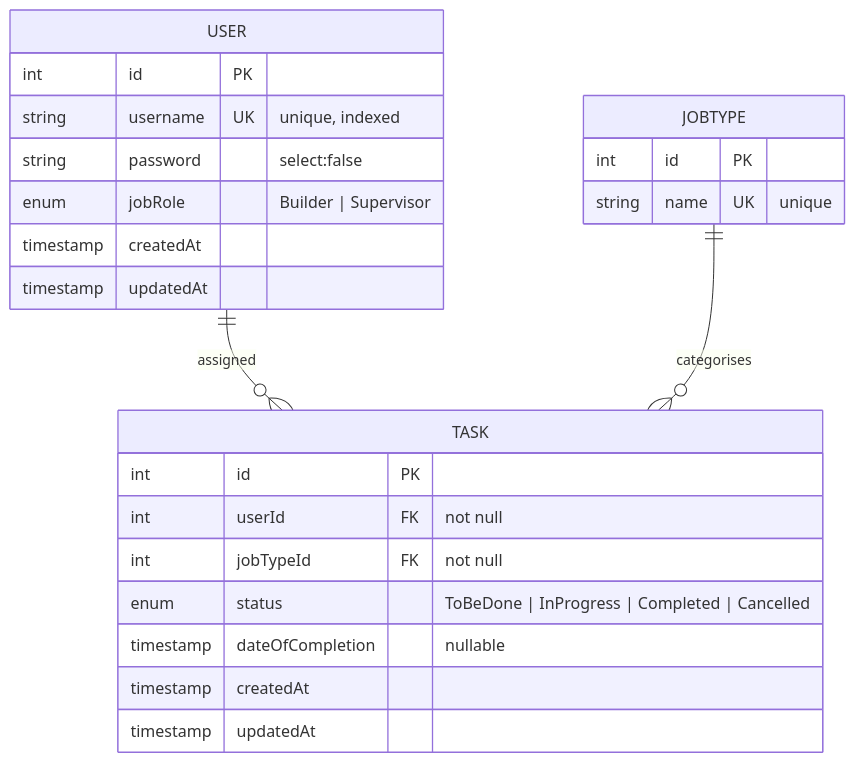
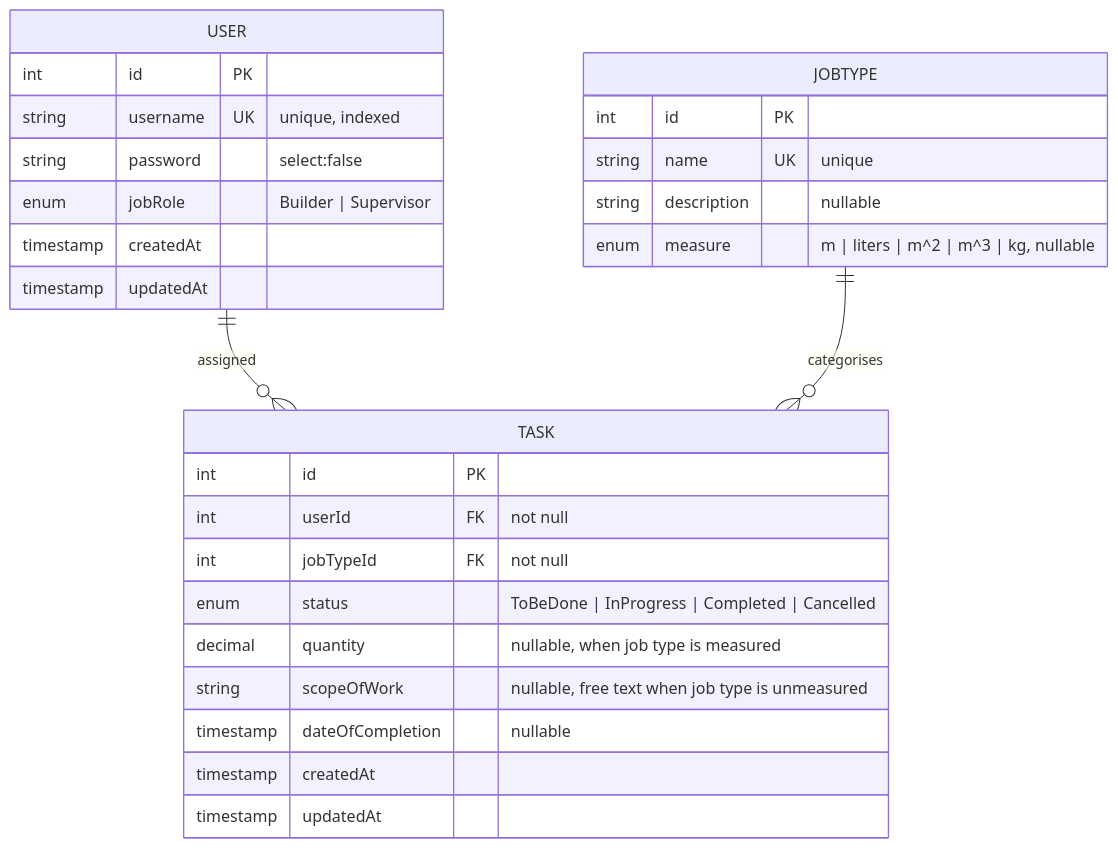
One commit to TimmyGray/builder-app changed the diagram in docs/architecture/data-model.md. Above: the diagram before and after it, drawn with Mermaid. The commit also changed other lines of this file and 32 other files, not shown here.

First line of the commit message:
feat: add support for job type descriptions and measures

````diff
--- a/docs/architecture/data-model.md
+++ b/docs/architecture/data-model.md
@@ -18,27 +18,31 @@
 ```mermaid
 erDiagram
     USER ||--o{ TASK : "assigned"
     JOBTYPE ||--o{ TASK : "categorises"
 
     USER {
         int id PK
         string username UK "unique, indexed"
         string password "select:false"
         enum jobRole "Builder | Supervisor"
         timestamp createdAt
         timestamp updatedAt
     }
     JOBTYPE {
         int id PK
         string name UK "unique"
+        string description "nullable"
+        enum measure "m | liters | m^2 | m^3 | kg, nullable"
     }
     TASK {
         int id PK
         int userId FK "not null"
         int jobTypeId FK "not null"
         enum status "ToBeDone | InProgress | Completed | Cancelled"
+        decimal quantity "nullable, when job type is measured"
+        string scopeOfWork "nullable, free text when job type is unmeasured"
         timestamp dateOfCompletion "nullable"
         timestamp createdAt
         timestamp updatedAt
     }
 ```
````
